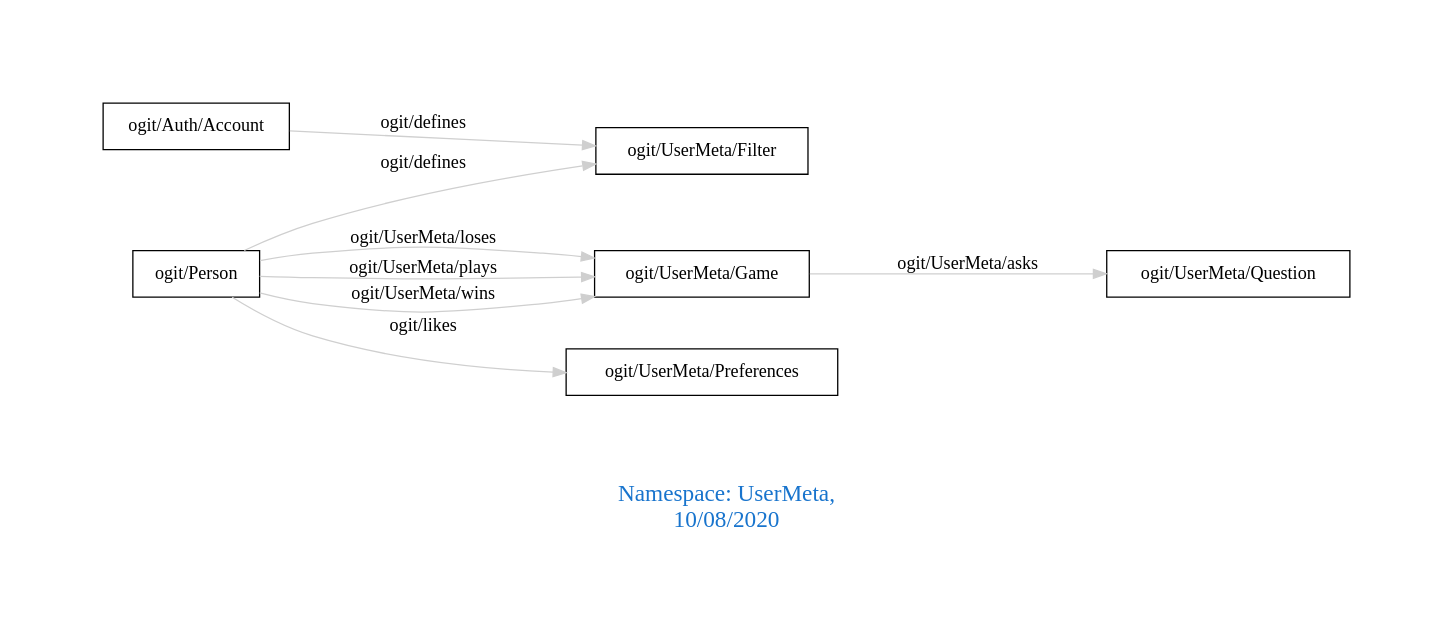
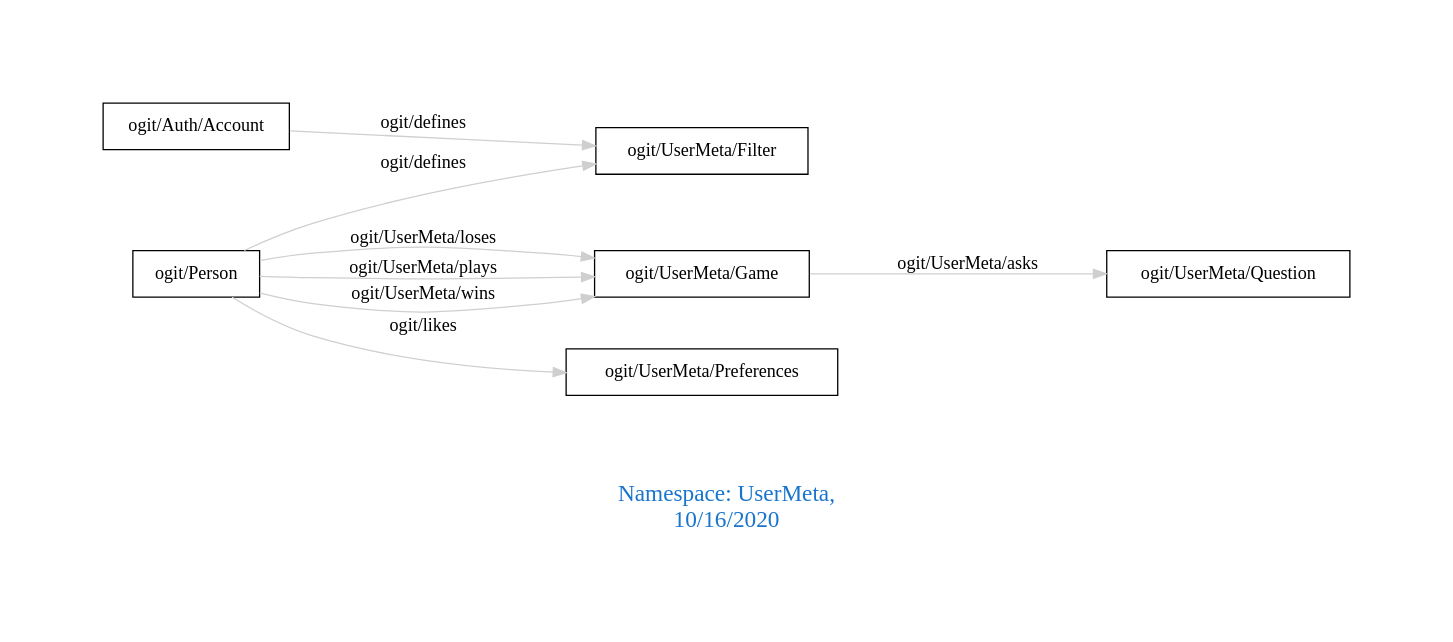
One commit to arago/OGIT changed the diagram in downloads/UserMeta.dot. Above: the diagram before and after it, drawn with Graphviz. The commit also changed 1828 other files, not shown here.

```diff
--- a/downloads/UserMeta.dot
+++ b/downloads/UserMeta.dot
@@ -1,15 +1,15 @@
 digraph OGIT_ontology {
  graph [ rankdir= LR,pad=1 
 fontsize = 18,
-fontcolor= dodgerblue3,label = "\n\n\nNamespace: UserMeta, \n 10/08/2020"];
+fontcolor= dodgerblue3,label = "\n\n\nNamespace: UserMeta, \n 10/16/2020"];
 node[shape=polygon];
 edge [  color="gray81"];
 
    "ogit/Auth/Account" -> "ogit/UserMeta/Filter" [label="   ogit/defines    "];
    "ogit/Person" -> "ogit/UserMeta/Filter" [label="   ogit/defines    "];
    "ogit/UserMeta/Game" -> "ogit/UserMeta/Question" [label="   ogit/UserMeta/asks    "];
    "ogit/Person" -> "ogit/UserMeta/Preferences" [label="   ogit/likes    "];
    "ogit/Person" -> "ogit/UserMeta/Game" [label="   ogit/UserMeta/loses    "];
    "ogit/Person" -> "ogit/UserMeta/Game" [label="   ogit/UserMeta/plays    "];
    "ogit/Person" -> "ogit/UserMeta/Game" [label="   ogit/UserMeta/wins    "];
 }
```
